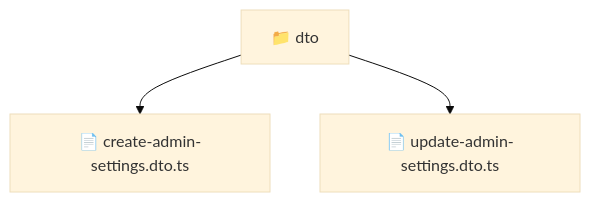
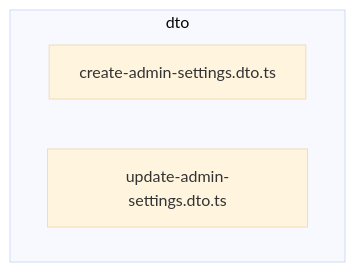
One commit to beginwebdev2002/fullstack-mavluda changed the diagram in backend/src/modules/admin-settings/presentation/dto/README.md. Above: the diagram before and after it, drawn with Mermaid (base theme). The commit also changed other lines of this file and 163 other files, not shown here.

````diff
--- a/backend/src/modules/admin-settings/presentation/dto/README.md
+++ b/backend/src/modules/admin-settings/presentation/dto/README.md
@@ -9,6 +15,7 @@
 ```mermaid
 graph TD
-  Root["📁 dto"]
-  Root --> create_admin_settings_dto_ts["📄 create-admin-settings.dto.ts"]
-  Root --> update_admin_settings_dto_ts["📄 update-admin-settings.dto.ts"]
+  subgraph dto
+    create_admin_settings_dto_ts["create-admin-settings.dto.ts"]
+    update_admin_settings_dto_ts["update-admin-settings.dto.ts"]
+  end
 ```
````
